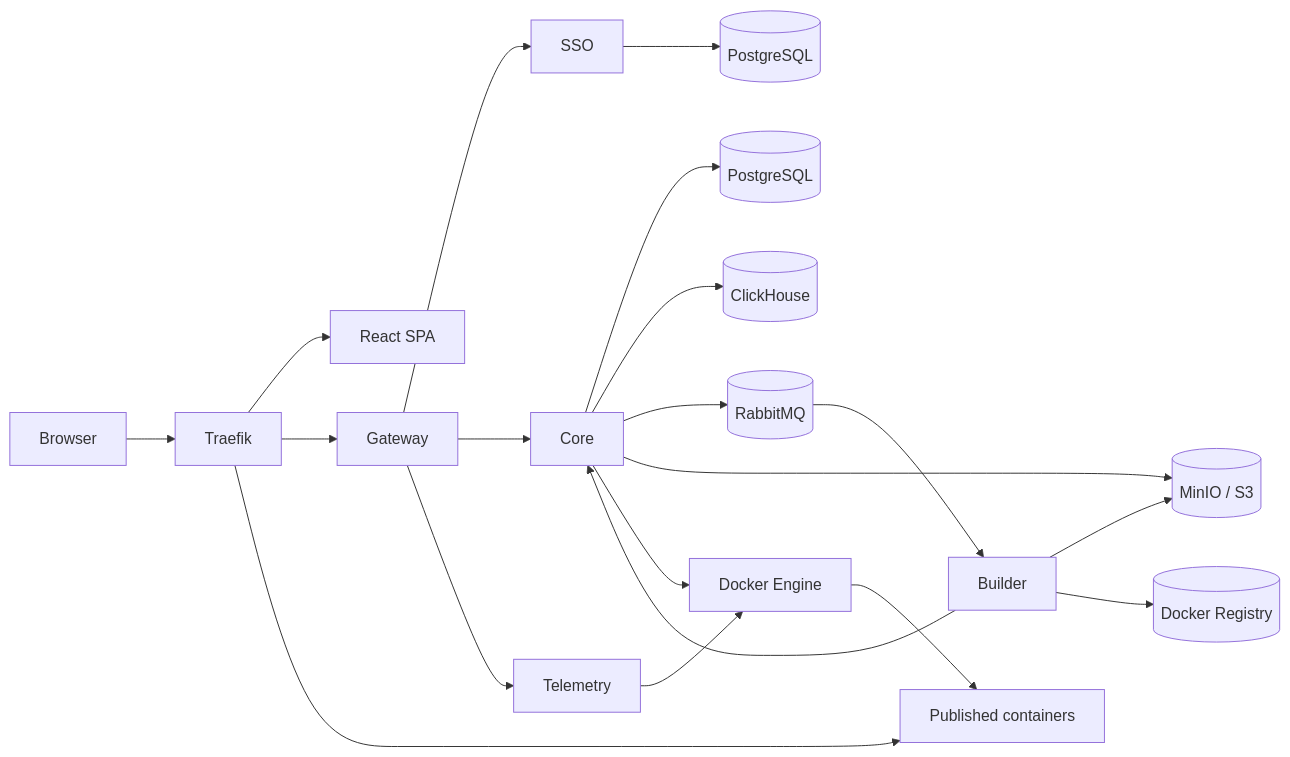
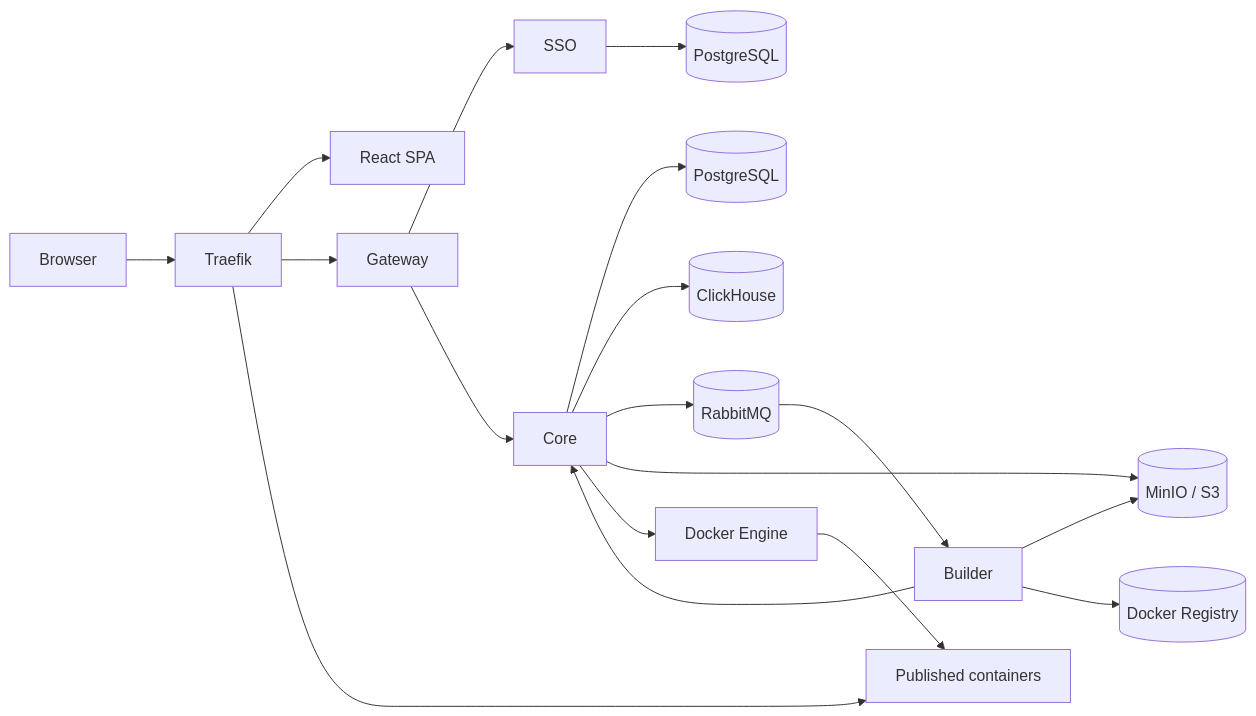
One commit to callmerussell04/docker-cloud-manager changed the diagram in README.en.md. Above: the diagram before and after it, drawn with Mermaid. The commit also changed other lines of this file and 47 other files, not shown here.

````diff
--- a/README.en.md
+++ b/README.en.md
@@ -58,25 +58,23 @@
 ```mermaid
 flowchart LR
     User[Browser] --> Traefik[Traefik]
     Traefik --> Frontend[React SPA]
     Traefik --> Gateway[Gateway]
     Traefik --> Apps[Published containers]
 
     Gateway --> SSO[SSO]
     Gateway --> Core[Core]
-    Gateway --> Telemetry[Telemetry]
 
     SSO --> SsoDB[(PostgreSQL)]
     Core --> CoreDB[(PostgreSQL)]
     Core --> ClickHouse[(ClickHouse)]
     Core --> RabbitMQ[(RabbitMQ)]
     Core --> MinIO[(MinIO / S3)]
     Core --> Docker[Docker Engine]
 
     RabbitMQ --> Builder[Builder]
     Builder --> MinIO
     Builder --> Registry[(Docker Registry)]
     Builder --> Core
-    Telemetry --> Docker
     Docker --> Apps
 ```
````
